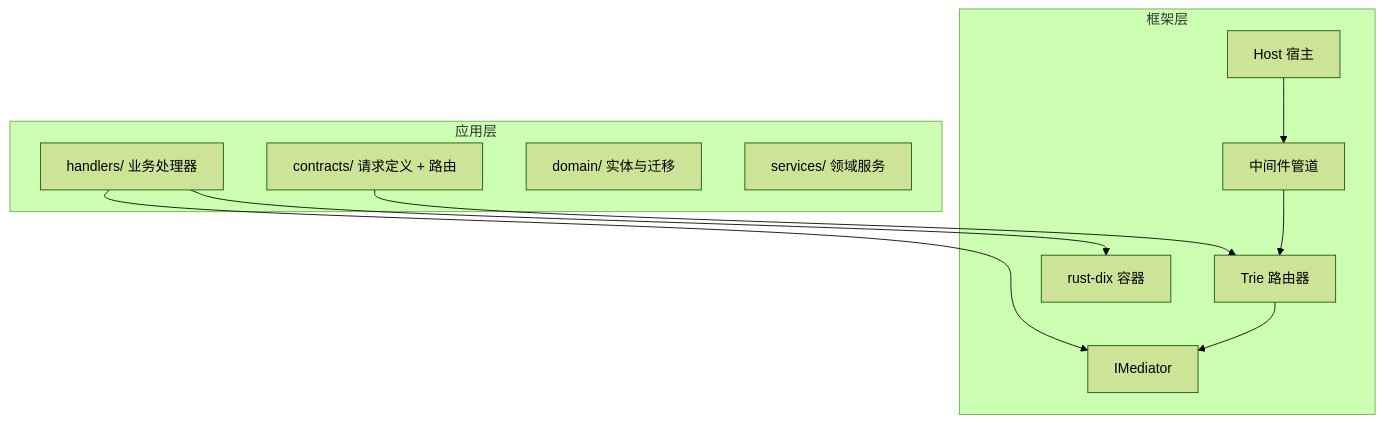
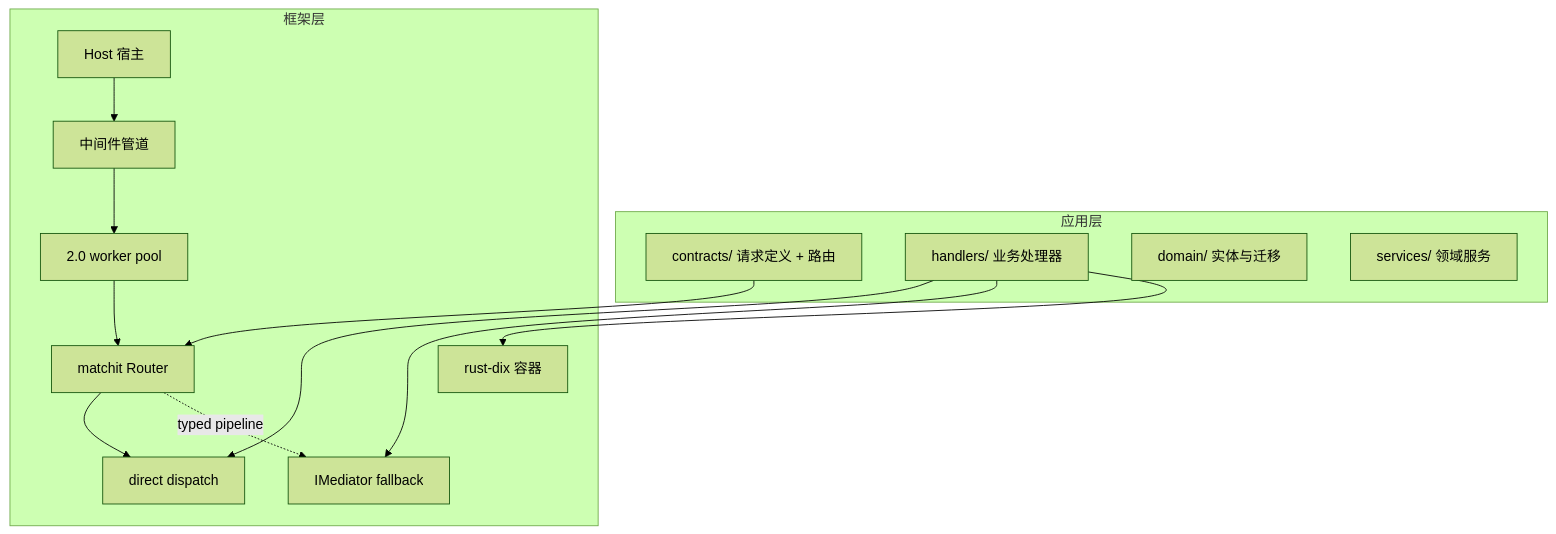
The diagram in docs/rust-webx/01-introduction/what-is-rust-webx.md (Rust-Framework/rust-webx), drawn with Mermaid (forest theme) before and after one commit. The commit also changed other lines of this file, not shown here.

````diff
--- a/docs/rust-webx/01-introduction/what-is-rust-webx.md
+++ b/docs/rust-webx/01-introduction/what-is-rust-webx.md
@@ -32,22 +32,27 @@
 ```mermaid
 graph TB
     subgraph 应用层
         Contracts[contracts/ 请求定义 + 路由]
         Handlers[handlers/ 业务处理器]
         Domain[domain/ 实体与迁移]
         Services[services/ 领域服务]
     end
 
     subgraph 框架层
         Host[Host 宿主]
         Pipeline[中间件管道]
-        Router[Trie 路由器]
-        Mediator[IMediator]
+        Router[matchit Router]
+        Engine[2.0 worker pool]
+        Direct[direct dispatch]
+        Mediator[IMediator fallback]
         DI[rust-dix 容器]
     end
 
     Contracts --> Router
+    Handlers --> Direct
     Handlers --> Mediator
     Handlers --> DI
-    Host --> Pipeline --> Router --> Mediator
+    Host --> Pipeline --> Engine --> Router
+    Router --> Direct
+    Router -. typed pipeline .-> Mediator
 ```
````
